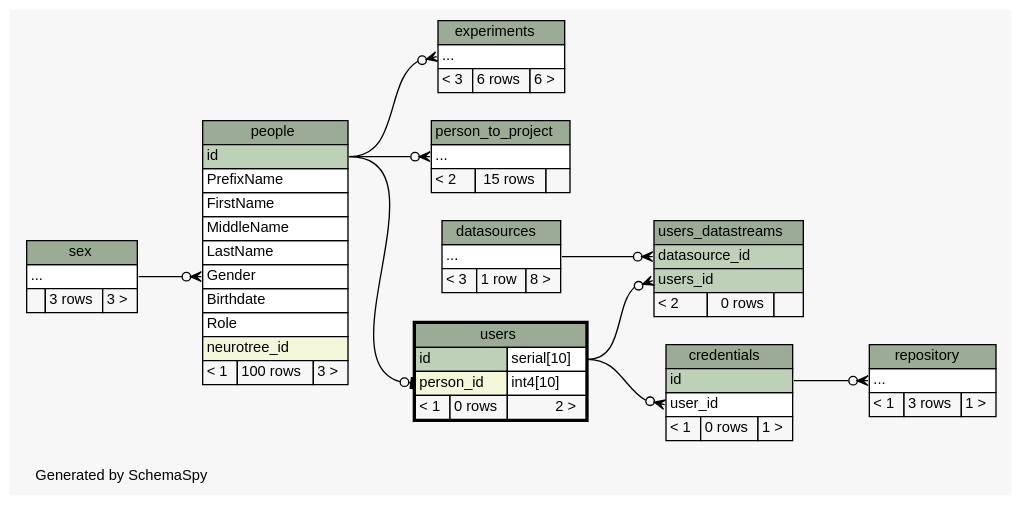
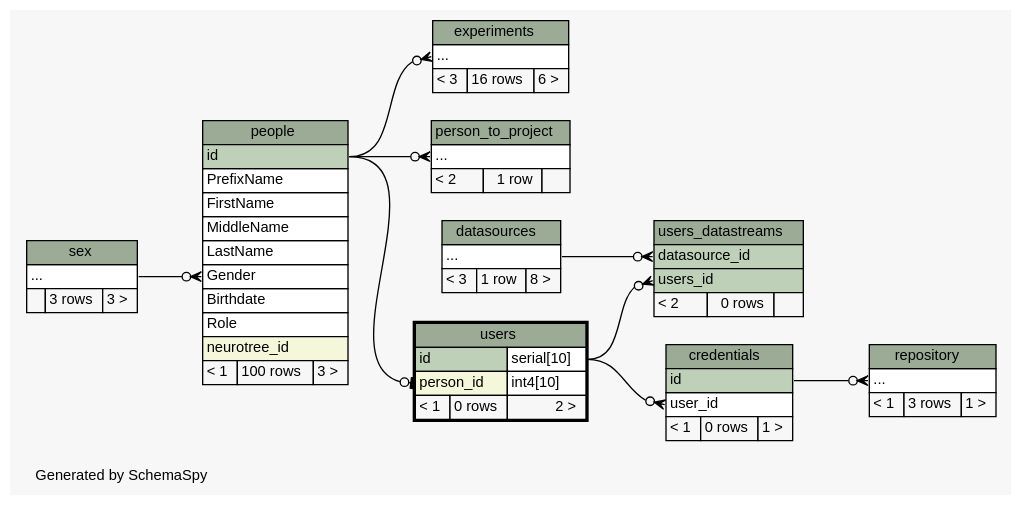
Before and after one commit to tgbugs/mlab: the diagram in database/ss/diagrams/users.2degrees.dot, drawn with Graphviz. The commit also changed 183 other files, not shown here.

```diff
--- a/database/ss/diagrams/users.2degrees.dot
+++ b/database/ss/diagrams/users.2degrees.dot
@@ -1,131 +1,131 @@
 // dot 2.32.0 on Windows 7 6.1
 // SchemaSpy rev 590
 digraph "twoDegreesRelationshipsDiagram" {
   graph [
     rankdir="RL"
     bgcolor="#f7f7f7"
     label="\nGenerated by SchemaSpy"
     labeljust="l"
     nodesep="0.18"
     ranksep="0.46"
     fontname="Helvetica"
     fontsize="11"
   ];
   node [
     fontname="Helvetica"
     fontsize="11"
     shape="plaintext"
   ];
   edge [
     arrowsize="0.8"
   ];
   "credentials":"user_id":w -> "users":"id.type":e [arrowhead=none dir=back arrowtail=crowodot];
   "experiments":"elipses":w -> "people":"id":e [arrowhead=none dir=back arrowtail=crowodot];
   "people":"Gender":w -> "sex":"elipses":e [arrowhead=none dir=back arrowtail=crowodot];
   "person_to_project":"elipses":w -> "people":"id":e [arrowhead=none dir=back arrowtail=crowodot];
   "repository":"elipses":w -> "credentials":"id":e [arrowhead=none dir=back arrowtail=crowodot];
   "users":"person_id":w -> "people":"id":e [arrowhead=none dir=back arrowtail=teeodot];
   "users_datastreams":"datasource_id":w -> "datasources":"elipses":e [arrowhead=none dir=back arrowtail=crowodot];
   "users_datastreams":"users_id":w -> "users":"id.type":e [arrowhead=none dir=back arrowtail=crowodot];
   "credentials" [
     label=<
     <TABLE BORDER="0" CELLBORDER="1" CELLSPACING="0" BGCOLOR="#ffffff">
       <TR><TD COLSPAN="3" BGCOLOR="#9bab96" ALIGN="CENTER">credentials</TD></TR>
       <TR><TD PORT="id" COLSPAN="3" BGCOLOR="#bed1b8" ALIGN="LEFT">id</TD></TR>
       <TR><TD PORT="user_id" COLSPAN="3" ALIGN="LEFT">user_id</TD></TR>
       <TR><TD ALIGN="LEFT" BGCOLOR="#f7f7f7">&lt; 1</TD><TD ALIGN="RIGHT" BGCOLOR="#f7f7f7">0 rows</TD><TD ALIGN="RIGHT" BGCOLOR="#f7f7f7">1 &gt;</TD></TR>
     </TABLE>>
     URL="credentials.html"
     tooltip="credentials"
   ];
   "datasources" [
     label=<
     <TABLE BORDER="0" CELLBORDER="1" CELLSPACING="0" BGCOLOR="#ffffff">
       <TR><TD COLSPAN="3" BGCOLOR="#9bab96" ALIGN="CENTER">datasources</TD></TR>
       <TR><TD PORT="elipses" COLSPAN="3" ALIGN="LEFT">...</TD></TR>
       <TR><TD ALIGN="LEFT" BGCOLOR="#f7f7f7">&lt; 3</TD><TD ALIGN="RIGHT" BGCOLOR="#f7f7f7">1 row</TD><TD ALIGN="RIGHT" BGCOLOR="#f7f7f7">8 &gt;</TD></TR>
     </TABLE>>
     URL="datasources.html"
     tooltip="datasources"
   ];
   "experiments" [
     label=<
     <TABLE BORDER="0" CELLBORDER="1" CELLSPACING="0" BGCOLOR="#ffffff">
       <TR><TD COLSPAN="3" BGCOLOR="#9bab96" ALIGN="CENTER">experiments</TD></TR>
       <TR><TD PORT="elipses" COLSPAN="3" ALIGN="LEFT">...</TD></TR>
-      <TR><TD ALIGN="LEFT" BGCOLOR="#f7f7f7">&lt; 3</TD><TD ALIGN="RIGHT" BGCOLOR="#f7f7f7">6 rows</TD><TD ALIGN="RIGHT" BGCOLOR="#f7f7f7">6 &gt;</TD></TR>
+      <TR><TD ALIGN="LEFT" BGCOLOR="#f7f7f7">&lt; 3</TD><TD ALIGN="RIGHT" BGCOLOR="#f7f7f7">16 rows</TD><TD ALIGN="RIGHT" BGCOLOR="#f7f7f7">6 &gt;</TD></TR>
     </TABLE>>
     URL="experiments.html"
     tooltip="experiments"
   ];
   "people" [
     label=<
     <TABLE BORDER="0" CELLBORDER="1" CELLSPACING="0" BGCOLOR="#ffffff">
       <TR><TD COLSPAN="3" BGCOLOR="#9bab96" ALIGN="CENTER">people</TD></TR>
       <TR><TD PORT="id" COLSPAN="3" BGCOLOR="#bed1b8" ALIGN="LEFT">id</TD></TR>
       <TR><TD PORT="PrefixName" COLSPAN="3" ALIGN="LEFT">PrefixName</TD></TR>
       <TR><TD PORT="FirstName" COLSPAN="3" ALIGN="LEFT">FirstName</TD></TR>
       <TR><TD PORT="MiddleName" COLSPAN="3" ALIGN="LEFT">MiddleName</TD></TR>
       <TR><TD PORT="LastName" COLSPAN="3" ALIGN="LEFT">LastName</TD></TR>
       <TR><TD PORT="Gender" COLSPAN="3" ALIGN="LEFT">Gender</TD></TR>
       <TR><TD PORT="Birthdate" COLSPAN="3" ALIGN="LEFT">Birthdate</TD></TR>
       <TR><TD PORT="Role" COLSPAN="3" ALIGN="LEFT">Role</TD></TR>
       <TR><TD PORT="neurotree_id" COLSPAN="3" BGCOLOR="#f4f7da" ALIGN="LEFT">neurotree_id</TD></TR>
       <TR><TD ALIGN="LEFT" BGCOLOR="#f7f7f7">&lt; 1</TD><TD ALIGN="RIGHT" BGCOLOR="#f7f7f7">100 rows</TD><TD ALIGN="RIGHT" BGCOLOR="#f7f7f7">3 &gt;</TD></TR>
     </TABLE>>
     URL="people.html"
     tooltip="people"
   ];
   "person_to_project" [
     label=<
     <TABLE BORDER="0" CELLBORDER="1" CELLSPACING="0" BGCOLOR="#ffffff">
       <TR><TD COLSPAN="3" BGCOLOR="#9bab96" ALIGN="CENTER">person_to_project</TD></TR>
       <TR><TD PORT="elipses" COLSPAN="3" ALIGN="LEFT">...</TD></TR>
-      <TR><TD ALIGN="LEFT" BGCOLOR="#f7f7f7">&lt; 2</TD><TD ALIGN="RIGHT" BGCOLOR="#f7f7f7">15 rows</TD><TD ALIGN="RIGHT" BGCOLOR="#f7f7f7">  </TD></TR>
+      <TR><TD ALIGN="LEFT" BGCOLOR="#f7f7f7">&lt; 2</TD><TD ALIGN="RIGHT" BGCOLOR="#f7f7f7">1 row</TD><TD ALIGN="RIGHT" BGCOLOR="#f7f7f7">  </TD></TR>
     </TABLE>>
     URL="person_to_project.html"
     tooltip="person_to_project"
   ];
   "repository" [
     label=<
     <TABLE BORDER="0" CELLBORDER="1" CELLSPACING="0" BGCOLOR="#ffffff">
       <TR><TD COLSPAN="3" BGCOLOR="#9bab96" ALIGN="CENTER">repository</TD></TR>
       <TR><TD PORT="elipses" COLSPAN="3" ALIGN="LEFT">...</TD></TR>
       <TR><TD ALIGN="LEFT" BGCOLOR="#f7f7f7">&lt; 1</TD><TD ALIGN="RIGHT" BGCOLOR="#f7f7f7">3 rows</TD><TD ALIGN="RIGHT" BGCOLOR="#f7f7f7">1 &gt;</TD></TR>
     </TABLE>>
     URL="repository.html"
     tooltip="repository"
   ];
   "sex" [
     label=<
     <TABLE BORDER="0" CELLBORDER="1" CELLSPACING="0" BGCOLOR="#ffffff">
       <TR><TD COLSPAN="3" BGCOLOR="#9bab96" ALIGN="CENTER">sex</TD></TR>
       <TR><TD PORT="elipses" COLSPAN="3" ALIGN="LEFT">...</TD></TR>
       <TR><TD ALIGN="LEFT" BGCOLOR="#f7f7f7">  </TD><TD ALIGN="RIGHT" BGCOLOR="#f7f7f7">3 rows</TD><TD ALIGN="RIGHT" BGCOLOR="#f7f7f7">3 &gt;</TD></TR>
     </TABLE>>
     URL="sex.html"
     tooltip="sex"
   ];
   "users" [
     label=<
     <TABLE BORDER="2" CELLBORDER="1" CELLSPACING="0" BGCOLOR="#ffffff">
       <TR><TD COLSPAN="3" BGCOLOR="#9bab96" ALIGN="CENTER">users</TD></TR>
       <TR><TD PORT="id" COLSPAN="2" BGCOLOR="#bed1b8" ALIGN="LEFT">id</TD><TD PORT="id.type" ALIGN="LEFT">serial[10]</TD></TR>
       <TR><TD PORT="person_id" COLSPAN="2" BGCOLOR="#f4f7da" ALIGN="LEFT">person_id</TD><TD PORT="person_id.type" ALIGN="LEFT">int4[10]</TD></TR>
       <TR><TD ALIGN="LEFT" BGCOLOR="#f7f7f7">&lt; 1</TD><TD ALIGN="RIGHT" BGCOLOR="#f7f7f7">0 rows</TD><TD ALIGN="RIGHT" BGCOLOR="#f7f7f7">2 &gt;</TD></TR>
     </TABLE>>
     URL="users.html"
     tooltip="users"
   ];
   "users_datastreams" [
     label=<
     <TABLE BORDER="0" CELLBORDER="1" CELLSPACING="0" BGCOLOR="#ffffff">
       <TR><TD COLSPAN="3" BGCOLOR="#9bab96" ALIGN="CENTER">users_datastreams</TD></TR>
       <TR><TD PORT="datasource_id" COLSPAN="3" BGCOLOR="#bed1b8" ALIGN="LEFT">datasource_id</TD></TR>
       <TR><TD PORT="users_id" COLSPAN="3" BGCOLOR="#bed1b8" ALIGN="LEFT">users_id</TD></TR>
       <TR><TD ALIGN="LEFT" BGCOLOR="#f7f7f7">&lt; 2</TD><TD ALIGN="RIGHT" BGCOLOR="#f7f7f7">0 rows</TD><TD ALIGN="RIGHT" BGCOLOR="#f7f7f7">  </TD></TR>
     </TABLE>>
     URL="users_datastreams.html"
     tooltip="users_datastreams"
   ];
 }
```
